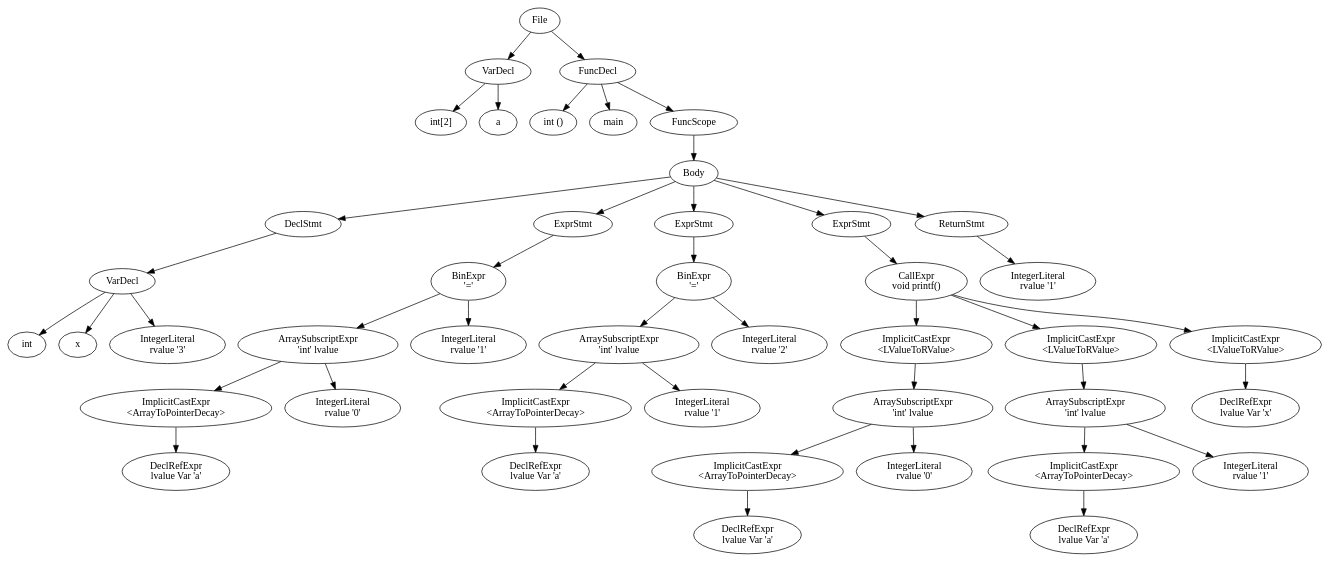
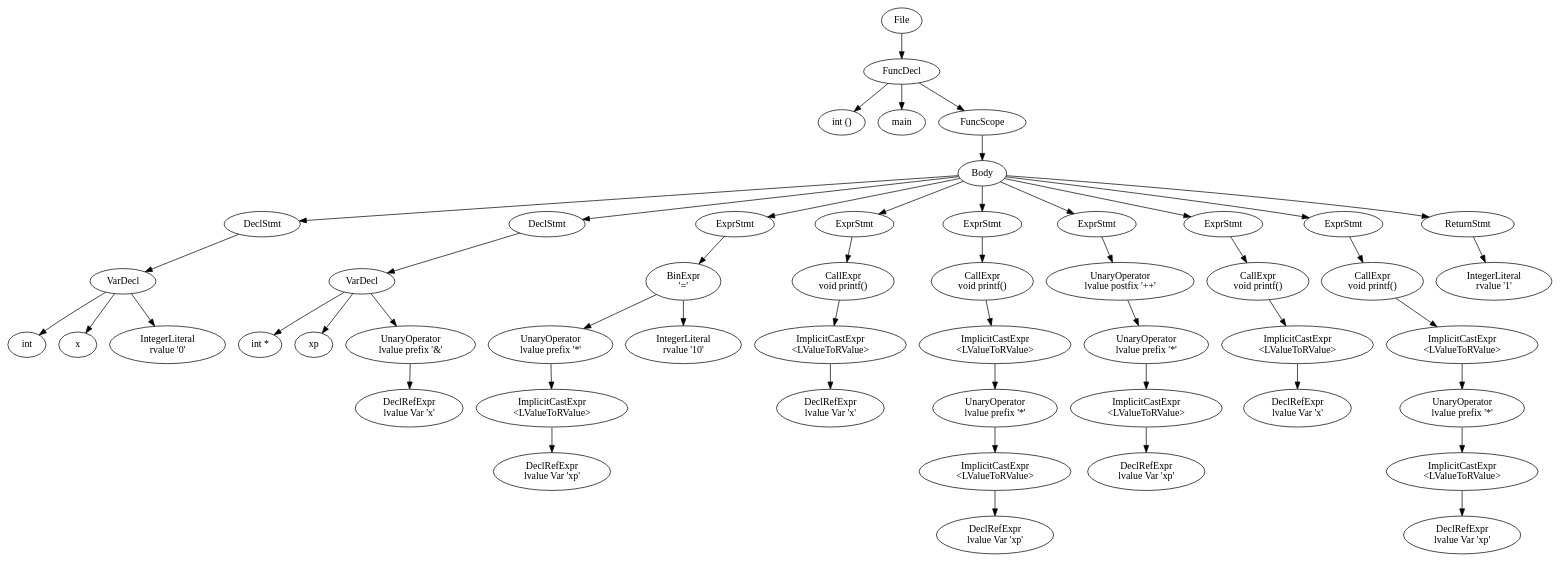
Before and after one commit to LarsDeLeeuw/Compilers: the diagram in src/output.dot, drawn with Graphviz. The commit also changed 3 other files, not shown here.

```diff
--- a/src/output.dot
+++ b/src/output.dot
@@ -1,115 +1,129 @@
 digraph {n0 [label="File"];
-n1 [label="VarDecl"];
-n2 [label="int[2]"];
-n3 [label="a"];
-n5 [label="FuncDecl"];
-n6 [label="int ()"];
-n7 [label="main"];
-n8 [label="FuncScope"];
-n10 [label="Body"];
-n12 [label="DeclStmt"];
-n13 [label="VarDecl"];
-n14 [label="int"];
-n15 [label="x"];
-n16 [label="IntegerLiteral
-rvalue '3'"];
-n17 [label="ExprStmt"];
-n18 [label="BinExpr
+n1 [label="FuncDecl"];
+n2 [label="int ()"];
+n3 [label="main"];
+n4 [label="FuncScope"];
+n6 [label="Body"];
+n8 [label="DeclStmt"];
+n9 [label="VarDecl"];
+n10 [label="int"];
+n11 [label="x"];
+n12 [label="IntegerLiteral
+rvalue '0'"];
+n13 [label="DeclStmt"];
+n14 [label="VarDecl"];
+n15 [label="int *"];
+n16 [label="xp"];
+n17 [label="UnaryOperator
+lvalue prefix '&'"];
+n18 [label="DeclRefExpr
+lvalue Var 'x'"];
+n19 [label="ExprStmt"];
+n20 [label="BinExpr
 '='"];
-n19 [label="ArraySubscriptExpr
-'int' lvalue"];
-n20 [label="ImplicitCastExpr
-<ArrayToPointerDecay>"];
-n21 [label="DeclRefExpr
-lvalue Var 'a'"];
-n22 [label="IntegerLiteral
-rvalue '0'"];
-n23 [label="IntegerLiteral
-rvalue '1'"];
-n24 [label="ExprStmt"];
-n25 [label="BinExpr
-'='"];
-n26 [label="ArraySubscriptExpr
-'int' lvalue"];
-n27 [label="ImplicitCastExpr
-<ArrayToPointerDecay>"];
-n28 [label="DeclRefExpr
-lvalue Var 'a'"];
-n29 [label="IntegerLiteral
-rvalue '1'"];
-n30 [label="IntegerLiteral
-rvalue '2'"];
+n21 [label="UnaryOperator
+lvalue prefix '*'"];
+n22 [label="ImplicitCastExpr
+<LValueToRValue>"];
+n23 [label="DeclRefExpr
+lvalue Var 'xp'"];
+n24 [label="IntegerLiteral
+rvalue '10'"];
+n25 [label="ExprStmt"];
+n26 [label="CallExpr
+void printf()"];
+n29 [label="ImplicitCastExpr
+<LValueToRValue>"];
+n30 [label="DeclRefExpr
+lvalue Var 'x'"];
 n31 [label="ExprStmt"];
 n32 [label="CallExpr
 void printf()"];
 n35 [label="ImplicitCastExpr
 <LValueToRValue>"];
-n36 [label="ArraySubscriptExpr
-'int' lvalue"];
+n36 [label="UnaryOperator
+lvalue prefix '*'"];
 n37 [label="ImplicitCastExpr
-<ArrayToPointerDecay>"];
+<LValueToRValue>"];
 n38 [label="DeclRefExpr
-lvalue Var 'a'"];
-n39 [label="IntegerLiteral
-rvalue '0'"];
-n40 [label="ImplicitCastExpr
+lvalue Var 'xp'"];
+n39 [label="ExprStmt"];
+n40 [label="UnaryOperator
+lvalue postfix '++'"];
+n41 [label="UnaryOperator
+lvalue prefix '*'"];
+n42 [label="ImplicitCastExpr
 <LValueToRValue>"];
-n41 [label="ArraySubscriptExpr
-'int' lvalue"];
-n42 [label="ImplicitCastExpr
-<ArrayToPointerDecay>"];
 n43 [label="DeclRefExpr
-lvalue Var 'a'"];
-n44 [label="IntegerLiteral
-rvalue '1'"];
-n45 [label="ImplicitCastExpr
+lvalue Var 'xp'"];
+n44 [label="ExprStmt"];
+n45 [label="CallExpr
+void printf()"];
+n48 [label="ImplicitCastExpr
 <LValueToRValue>"];
-n46 [label="DeclRefExpr
+n49 [label="DeclRefExpr
 lvalue Var 'x'"];
-n47 [label="ReturnStmt"];
-n48 [label="IntegerLiteral
+n50 [label="ExprStmt"];
+n51 [label="CallExpr
+void printf()"];
+n54 [label="ImplicitCastExpr
+<LValueToRValue>"];
+n55 [label="UnaryOperator
+lvalue prefix '*'"];
+n56 [label="ImplicitCastExpr
+<LValueToRValue>"];
+n57 [label="DeclRefExpr
+lvalue Var 'xp'"];
+n58 [label="ReturnStmt"];
+n59 [label="IntegerLiteral
 rvalue '1'"];
 n0 -> n1
 n1 -> n2
 n1 -> n3
-n0 -> n5
-n5 -> n6
-n5 -> n7
-n5 -> n8
-n8 -> n10
-n10 -> n12
-n12 -> n13
+n1 -> n4
+n4 -> n6
+n6 -> n8
+n8 -> n9
+n9 -> n10
+n9 -> n11
+n9 -> n12
+n6 -> n13
 n13 -> n14
-n13 -> n15
-n13 -> n16
-n10 -> n17
+n14 -> n15
+n14 -> n16
+n14 -> n17
 n17 -> n18
-n18 -> n19
+n6 -> n19
 n19 -> n20
 n20 -> n21
-n19 -> n22
-n18 -> n23
-n10 -> n24
-n24 -> n25
+n21 -> n22
+n22 -> n23
+n20 -> n24
+n6 -> n25
 n25 -> n26
-n26 -> n27
-n27 -> n28
 n26 -> n29
-n25 -> n30
-n10 -> n31
+n29 -> n30
+n6 -> n31
 n31 -> n32
 n32 -> n35
 n35 -> n36
 n36 -> n37
 n37 -> n38
-n36 -> n39
-n32 -> n40
+n6 -> n39
+n39 -> n40
 n40 -> n41
 n41 -> n42
 n42 -> n43
-n41 -> n44
-n32 -> n45
-n45 -> n46
-n10 -> n47
-n47 -> n48
+n6 -> n44
+n44 -> n45
+n45 -> n48
+n48 -> n49
+n6 -> n50
+n50 -> n51
+n51 -> n54
+n54 -> n55
+n55 -> n56
+n56 -> n57
+n6 -> n58
+n58 -> n59
 }
```
